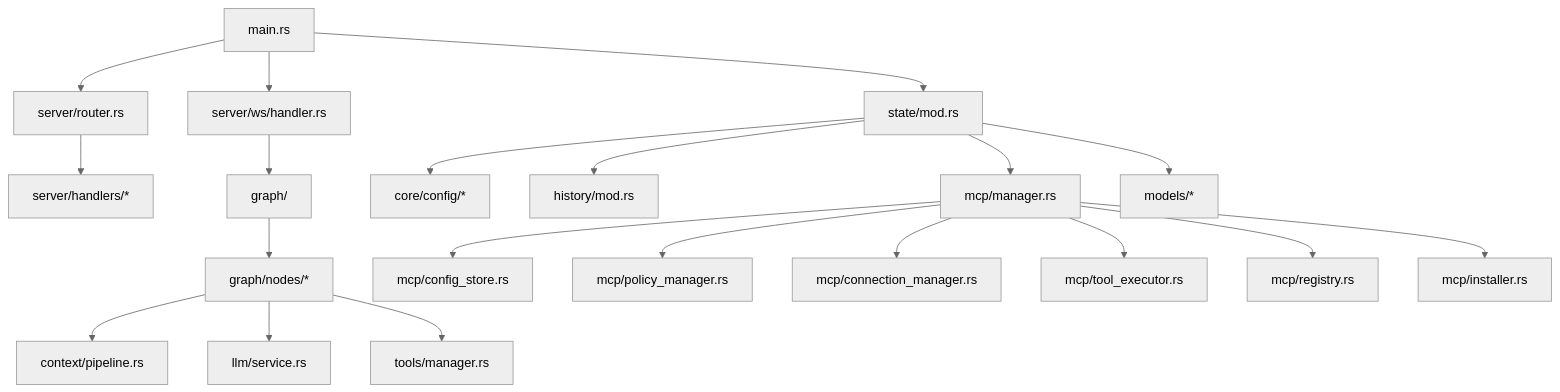
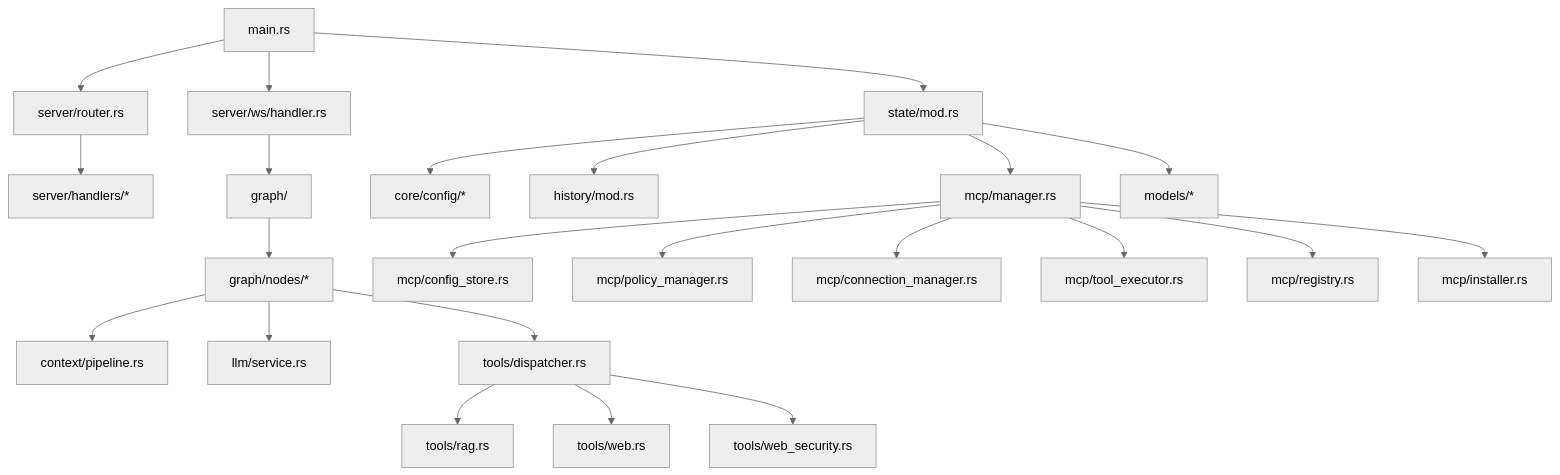
Before and after one commit to coco4atJP/Tepora-alpha: the second of 10 diagrams in docs/architecture/ARCHITECTURE.md, drawn with Mermaid (neutral theme). The commit also changed other lines of this file and 52 other files, not shown here.

````diff
--- a/docs/architecture/ARCHITECTURE.md
+++ b/docs/architecture/ARCHITECTURE.md
@@ -94,26 +94,29 @@
 ```mermaid
 graph TD
     Main[main.rs] --> Router[server/router.rs]
     Main --> WS[server/ws/handler.rs]
     Main --> State[state/mod.rs]
 
     Router --> Handlers[server/handlers/*]
     WS --> Graph[graph/]
 
     Graph --> Nodes[graph/nodes/*]
     Nodes --> Pipeline[context/pipeline.rs]
     Nodes --> LLM[llm/service.rs]
-    Nodes --> Tools[tools/manager.rs]
+    Nodes --> Tools[tools/dispatcher.rs]
 
     State --> Config[core/config/*]
     State --> History[history/mod.rs]
     State --> MCP[mcp/manager.rs]
     State --> Models[models/*]
 
     MCP --> McpConfig[mcp/config_store.rs]
     MCP --> McpPolicy[mcp/policy_manager.rs]
     MCP --> McpConnection[mcp/connection_manager.rs]
     MCP --> McpTools[mcp/tool_executor.rs]
     MCP --> McpRegistry[mcp/registry.rs]
     MCP --> McpInstaller[mcp/installer.rs]
+    Tools --> ToolRag[tools/rag.rs]
+    Tools --> ToolWeb[tools/web.rs]
+    Tools --> ToolSecurity[tools/web_security.rs]
 ```
````
